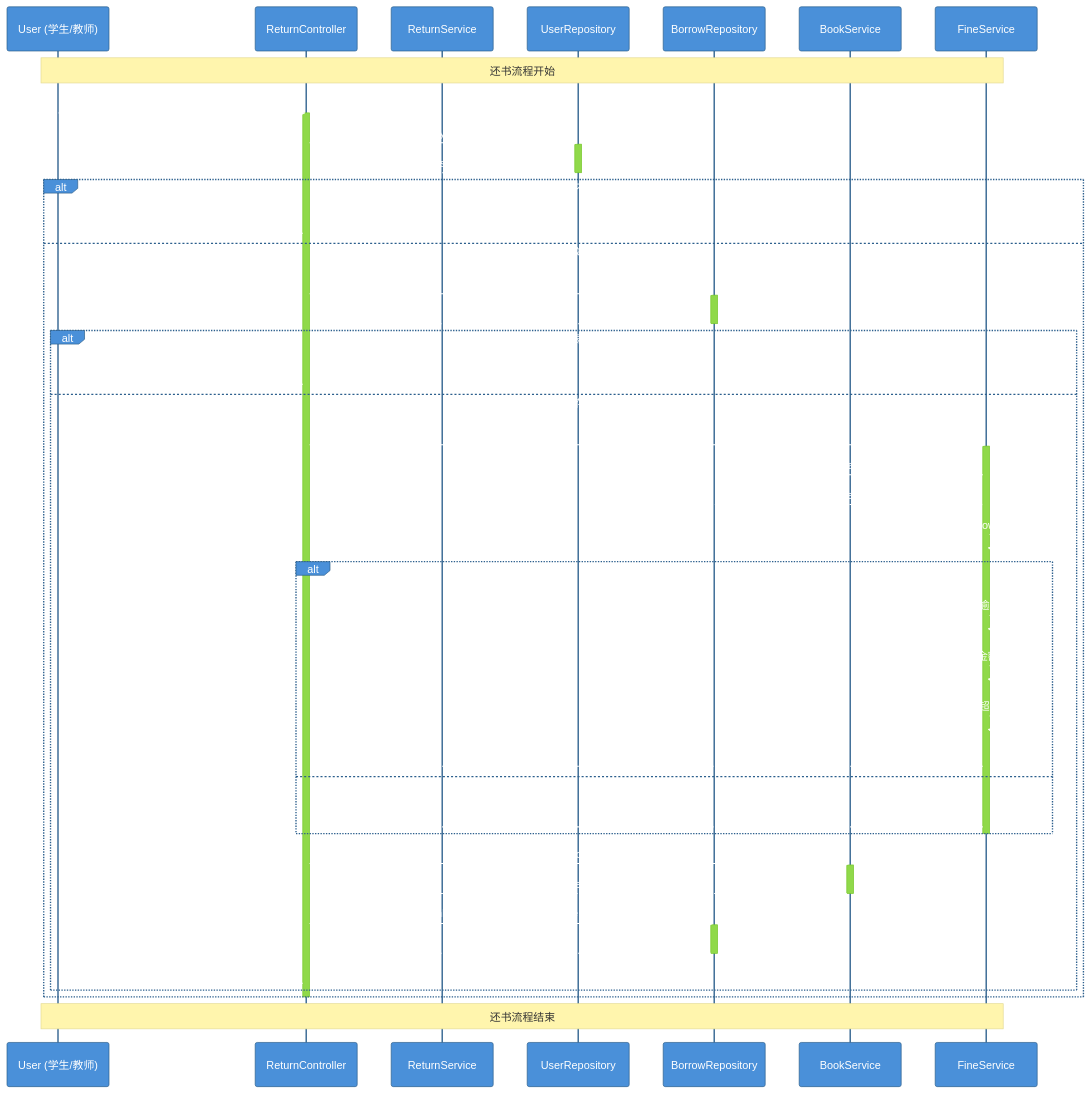
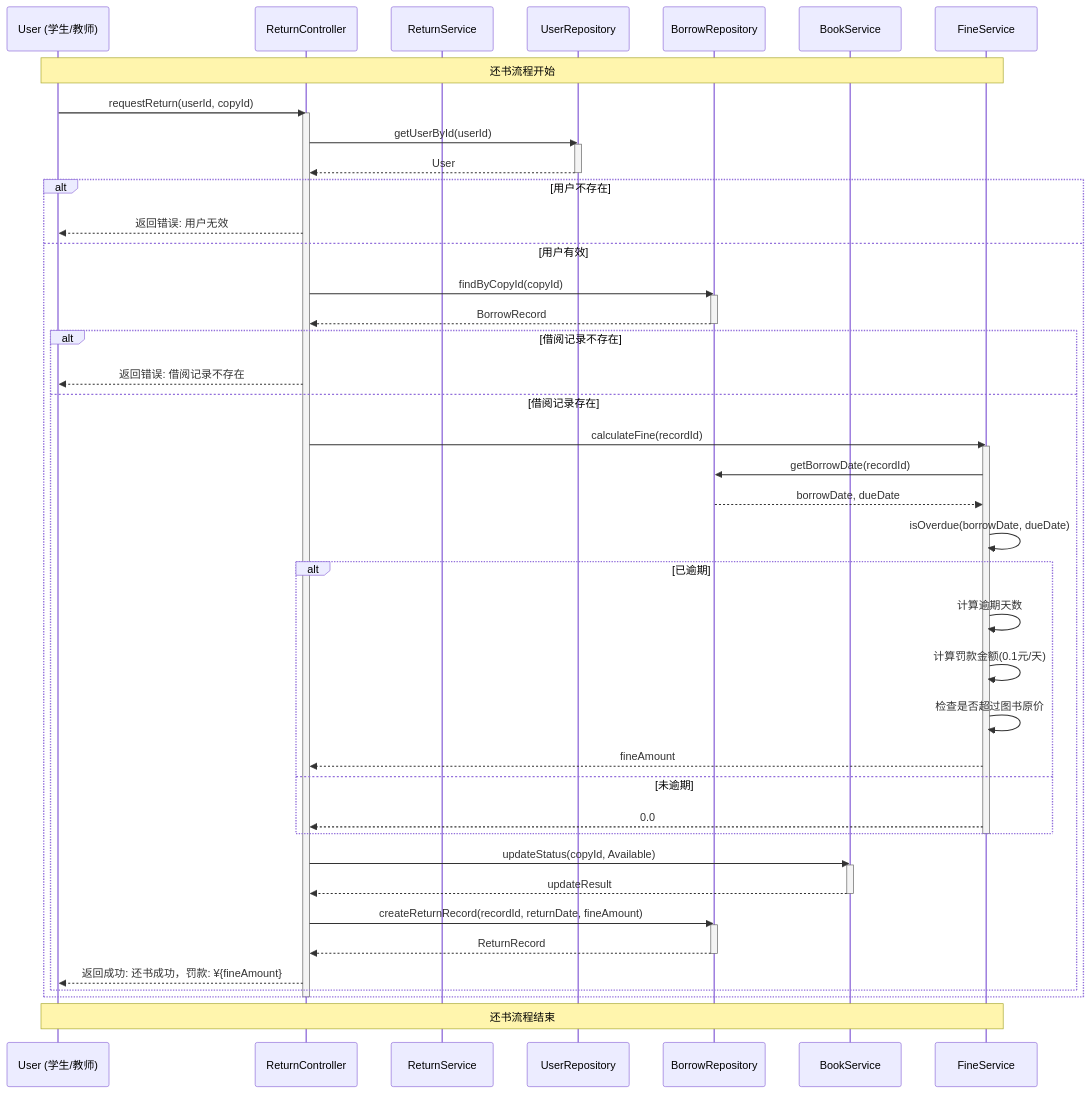
Before and after one commit to qiaob8/sqlrustgo: the fourth of 7 diagrams in library/week-04-实验报告.md, drawn with Mermaid. The commit also changed other lines of this file, not shown here.

Commit message:
experiment: fix UML diagram rendering

````diff
--- a/library/week-04-实验报告.md
+++ b/library/week-04-实验报告.md
@@ -301,64 +303,63 @@
 ```mermaid
-%%{init: {'theme': 'base', 'themeVariables': { 'primaryColor': '#4A90D9', 'primaryTextColor': '#fff', 'primaryBorderColor': '#2C5F8D'}}}%%
 sequenceDiagram
     participant U as User (学生/教师)
     participant RC as ReturnController
     participant RS as ReturnService
     participant UR as UserRepository
     participant BR as BorrowRepository
     participant BS as BookService
     participant FS as FineService
 
     Note over U,FS: 还书流程开始
 
     U->>RC: requestReturn(userId, copyId)
     activate RC
 
     RC->>UR: getUserById(userId)
     activate UR
     UR-->>RC: User
     deactivate UR
 
     alt 用户不存在
         RC-->>U: 返回错误: 用户无效
     else 用户有效
         RC->>BR: findByCopyId(copyId)
         activate BR
         BR-->>RC: BorrowRecord
         deactivate BR
 
         alt 借阅记录不存在
             RC-->>U: 返回错误: 借阅记录不存在
         else 借阅记录存在
             RC->>FS: calculateFine(recordId)
             activate FS
             FS->>BR: getBorrowDate(recordId)
             BR-->>FS: borrowDate, dueDate
             FS->>FS: isOverdue(borrowDate, dueDate)
             alt 已逾期
                 FS->>FS: 计算逾期天数
                 FS->>FS: 计算罚款金额(0.1元/天)
                 FS->>FS: 检查是否超过图书原价
                 FS-->>RC: fineAmount
             else 未逾期
                 FS-->>RC: 0.0
             end
             deactivate FS
 
             RC->>BS: updateStatus(copyId, Available)
             activate BS
             BS-->>RC: updateResult
             deactivate BS
 
             RC->>BR: createReturnRecord(recordId, returnDate, fineAmount)
             activate BR
             BR-->>RC: ReturnRecord
             deactivate BR
 
             RC-->>U: 返回成功: 还书成功，罚款: ¥{fineAmount}
         end
     end
 
     deactivate RC
     Note over U,FS: 还书流程结束
 ```
````
